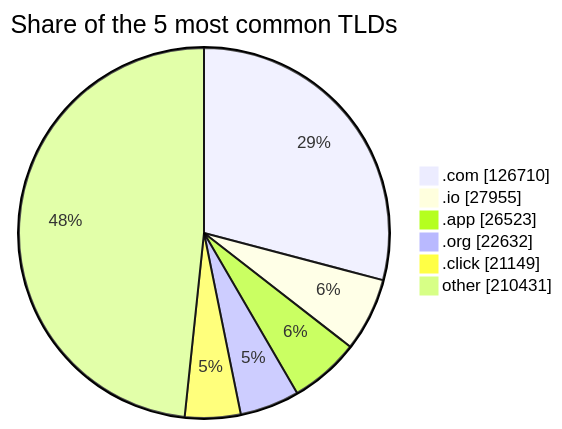
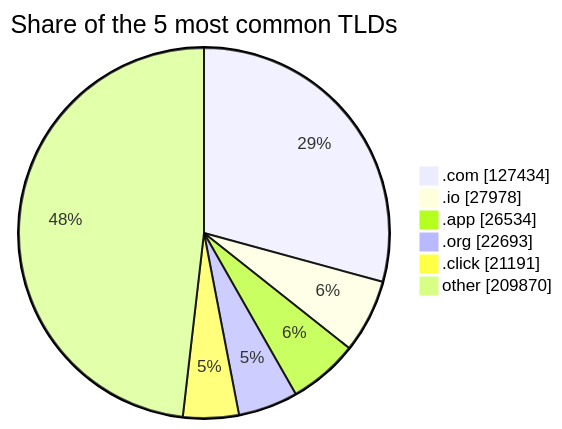
Before and after one commit to DNSBunker/CTI: the third of 3 diagrams in README.md, drawn with Mermaid. The commit also changed other lines of this file and 3 other files, not shown here.

````diff
--- a/README.md
+++ b/README.md
@@ -81,9 +81,9 @@
 ```mermaid
 pie showData title Share of the 5 most common TLDs
-    ".com" : 126710
-    ".io" : 27955
-    ".app" : 26523
-    ".org" : 22632
-    ".click" : 21149
-    "other" : 210431
+    ".com" : 127434
+    ".io" : 27978
+    ".app" : 26534
+    ".org" : 22693
+    ".click" : 21191
+    "other" : 209870
 ```
````
